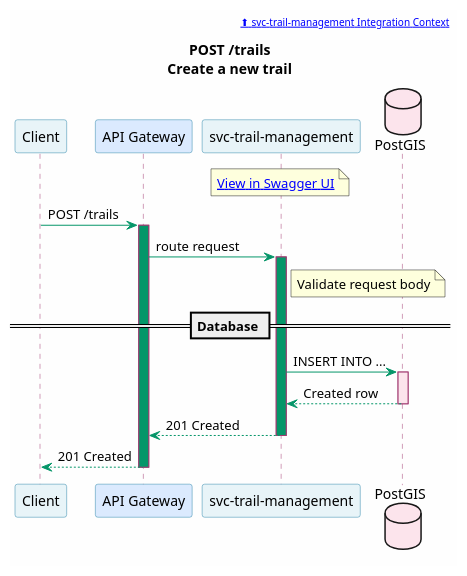
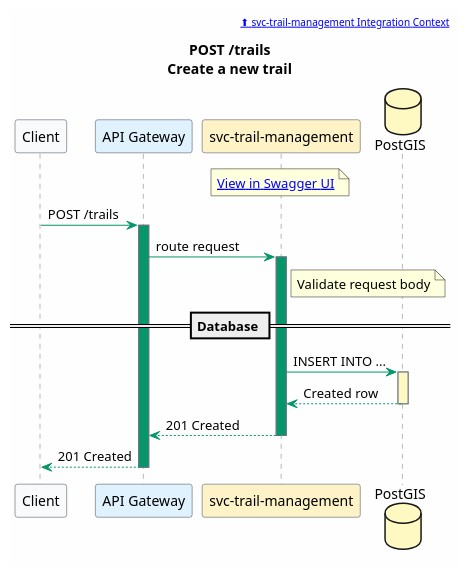
One commit to christopherblaisdell/continuous-architecture-platform-poc changed the diagram in portal/site/microservices/puml/svc-trail-management--post-trails.puml. Above: the diagram before and after it, drawn with PlantUML. The commit also changed 727 other files, not shown here.

```diff
--- a/portal/site/microservices/puml/svc-trail-management--post-trails.puml
+++ b/portal/site/microservices/puml/svc-trail-management--post-trails.puml
@@ -1,49 +1,49 @@
 @startuml svc-trail-management--post-trails
 
 skinparam backgroundColor #FEFEFE
 skinparam shadowing false
 skinparam defaultFontName "Segoe UI"
 skinparam sequence {
     ArrowColor #059669
-    ParticipantBorderColor #2E86AB
-    ParticipantBackgroundColor #E8F4F8
-    LifeLineBorderColor #A23B72
-    BoxBorderColor #F18F01
-    BoxBackgroundColor #FFF8F0
-    NoteBorderColor #c77b30
-    NoteBackgroundColor #FEF3E7
+    ParticipantBorderColor #374151
+    ParticipantBackgroundColor #F9FAFB
+    LifeLineBorderColor #6B7280
+    BoxBorderColor #94A3B8
+    BoxBackgroundColor #F8FAFC
+    NoteBorderColor #64748B
+    NoteBackgroundColor #F8FAFC
 }
 
 header [[/microservices/svc-trail-management/#integration-context ⬆ svc-trail-management Integration Context]]
 
 title POST /trails\nCreate a new trail
 
 participant "Client" as Client [[/applications/]]
-participant "API Gateway" as GW [[/actors/#api-gateway]] #DBEAFE
-participant "svc-trail-management" as Svc [[/microservices/svc-trail-management/]] #E8F4F8
-database "PostGIS" as DB [[/microservices/svc-trail-management/#data-store]] #FCE4EC
+participant "API Gateway" as GW [[/actors/#api-gateway]] #E0F2FE
+participant "svc-trail-management" as Svc [[/microservices/svc-trail-management/]] #FEF3C7
+database "PostGIS" as DB [[/microservices/svc-trail-management/#data-store]] #FEF9C3
 
 note over Svc
   [[/services/api/svc-trail-management.html#/Trails/createTrail View in Swagger UI]]
 end note
 
 Client -> GW : POST /trails
 activate GW #059669
 GW -> Svc : route request
 activate Svc #059669
 
 note right of Svc : Validate request body
 
 == Database ==
 
 Svc -> DB : INSERT INTO ...
-activate DB #FCE4EC
+activate DB #FEF9C3
 DB --> Svc : Created row
 deactivate DB
 
 Svc --> GW : 201 Created
 deactivate Svc
 GW --> Client : 201 Created
 deactivate GW
 
 @enduml
```
